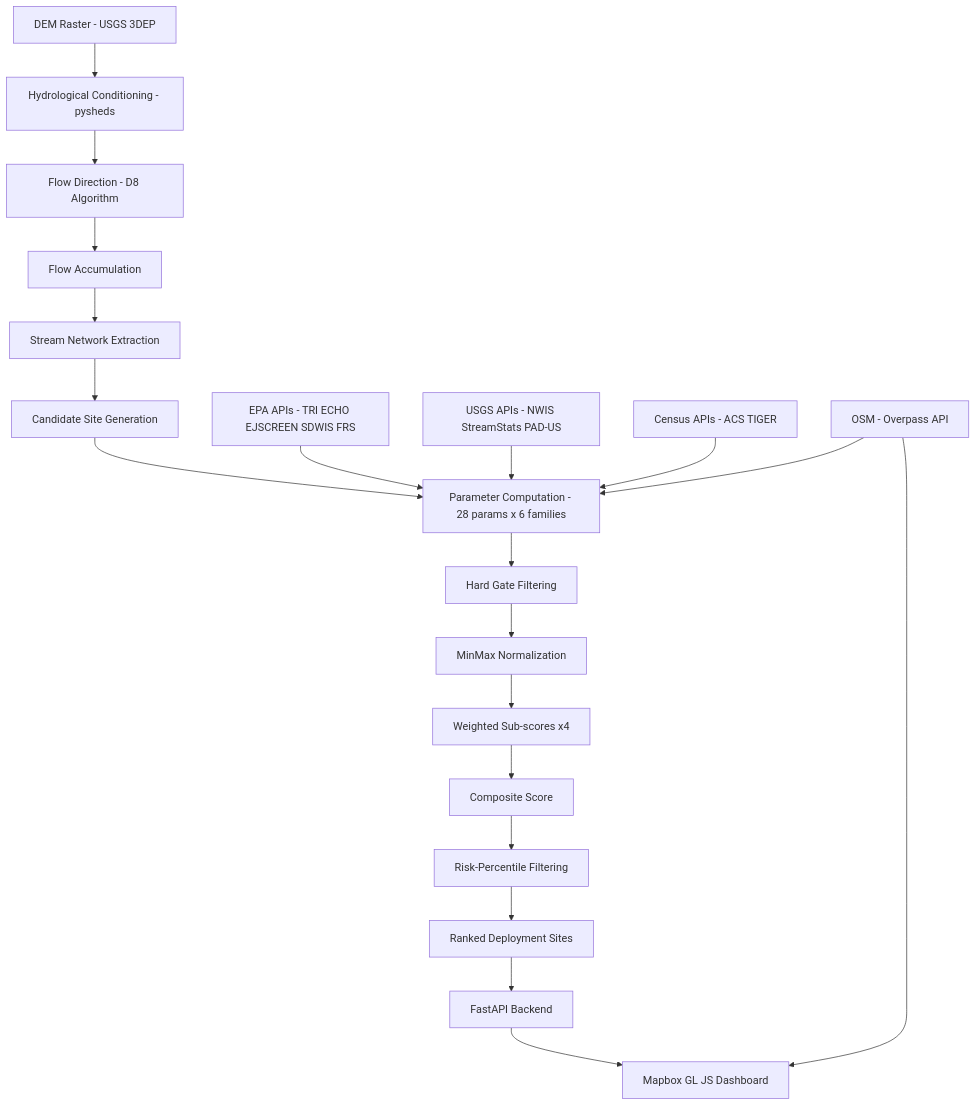
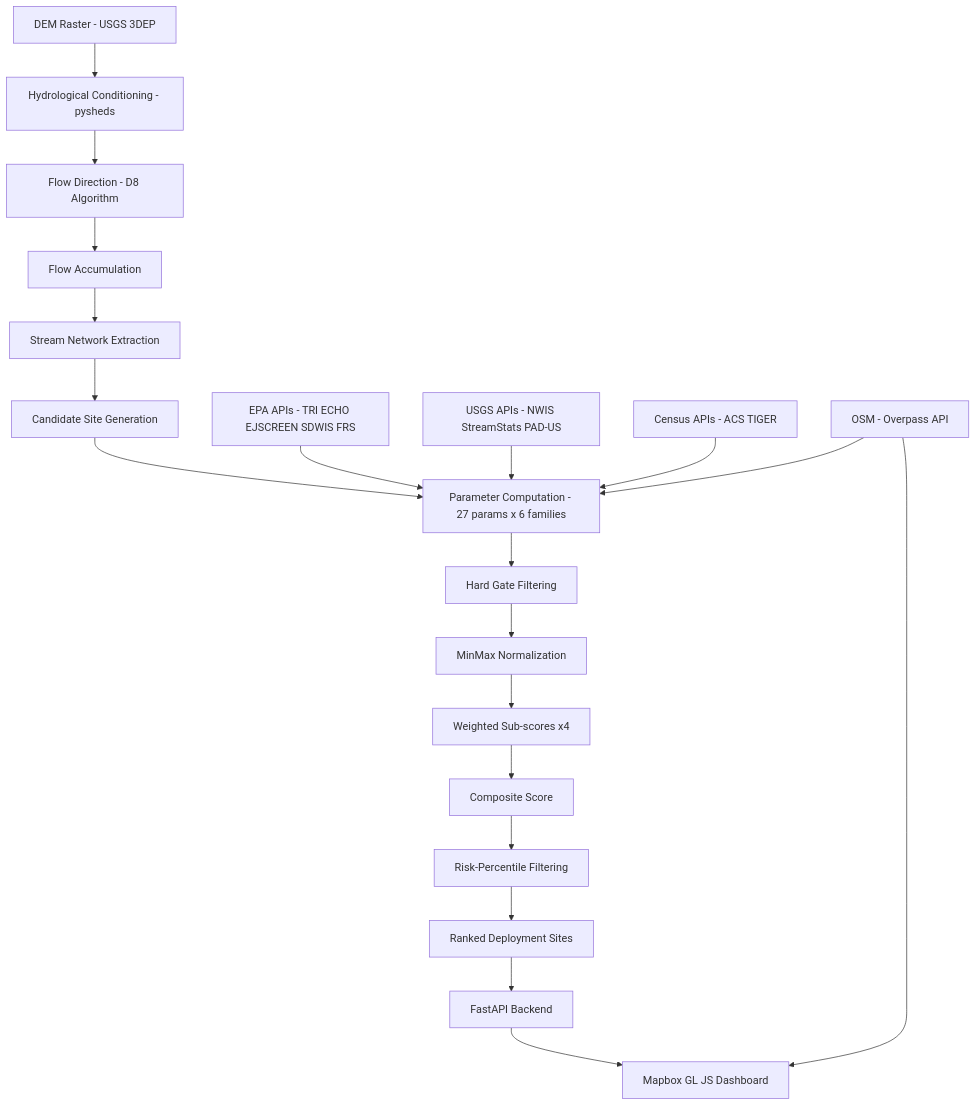
The diagram in README.md (1inandy/GRIME), drawn with Mermaid before and after one commit. The commit also changed other lines of this file and 29 other files, not shown here.

````diff
--- a/README.md
+++ b/README.md
@@ -104,25 +104,25 @@
 ```mermaid
 graph TD
     A[DEM Raster - USGS 3DEP] --> B[Hydrological Conditioning - pysheds]
     B --> C[Flow Direction - D8 Algorithm]
     C --> D[Flow Accumulation]
     D --> E[Stream Network Extraction]
     E --> F[Candidate Site Generation]
 
-    G[EPA APIs - TRI ECHO EJSCREEN SDWIS FRS] --> H[Parameter Computation - 28 params x 6 families]
+    G[EPA APIs - TRI ECHO EJSCREEN SDWIS FRS] --> H[Parameter Computation - 27 params x 6 families]
     I[USGS APIs - NWIS StreamStats PAD-US] --> H
     J[Census APIs - ACS TIGER] --> H
     K[OSM - Overpass API] --> H
     F --> H
 
     H --> L[Hard Gate Filtering]
     L --> M[MinMax Normalization]
     M --> N[Weighted Sub-scores x4]
     N --> O[Composite Score]
     O --> P[Risk-Percentile Filtering]
     P --> Q[Ranked Deployment Sites]
 
     Q --> R[FastAPI Backend]
     R --> S[Mapbox GL JS Dashboard]
     K --> S
 ```
````
